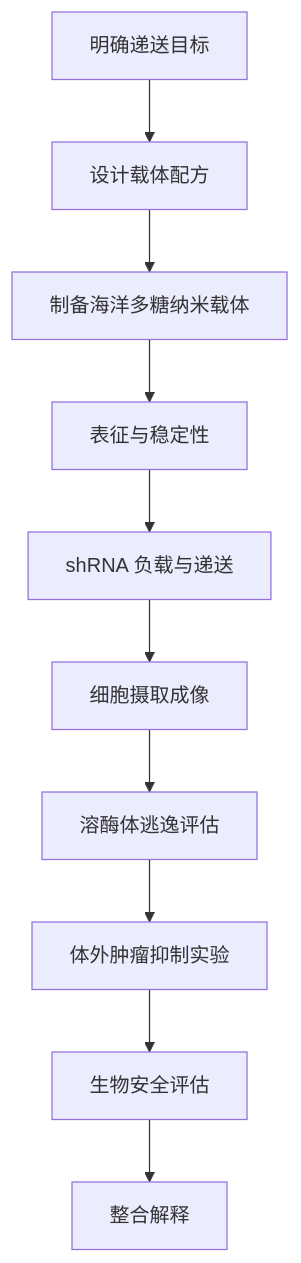
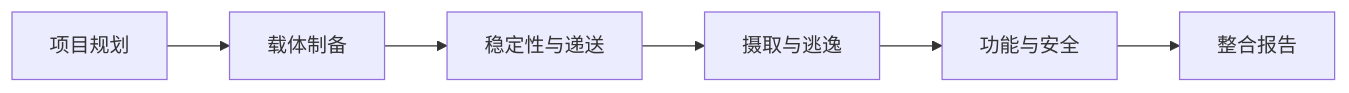
Before and after one commit to Kandasorat/Kandasorat: the diagram in projects/nanocarrier-research.zh-CN.md, drawn with Mermaid. The commit also changed 9 other files, not shown here.

Commit message:
docs: compact project workflow diagrams

````diff
--- a/projects/nanocarrier-research.zh-CN.md
+++ b/projects/nanocarrier-research.zh-CN.md
@@ -17,12 +17,8 @@
 ```mermaid
-flowchart TD
-    A[明确递送目标] --> B[设计载体配方]
-    B --> C[制备海洋多糖纳米载体]
-    C --> D[表征与稳定性]
-    D --> E[shRNA 负载与递送]
-    E --> F[细胞摄取成像]
-    F --> G[溶酶体逃逸评估]
-    G --> H[体外肿瘤抑制实验]
-    H --> I[生物安全评估]
-    I --> J[整合解释]
+flowchart LR
+    A[项目规划] --> B[载体制备]
+    B --> C[稳定性与递送]
+    C --> D[摄取与逃逸]
+    D --> E[功能与安全]
+    E --> F[整合报告]
 ```
````
